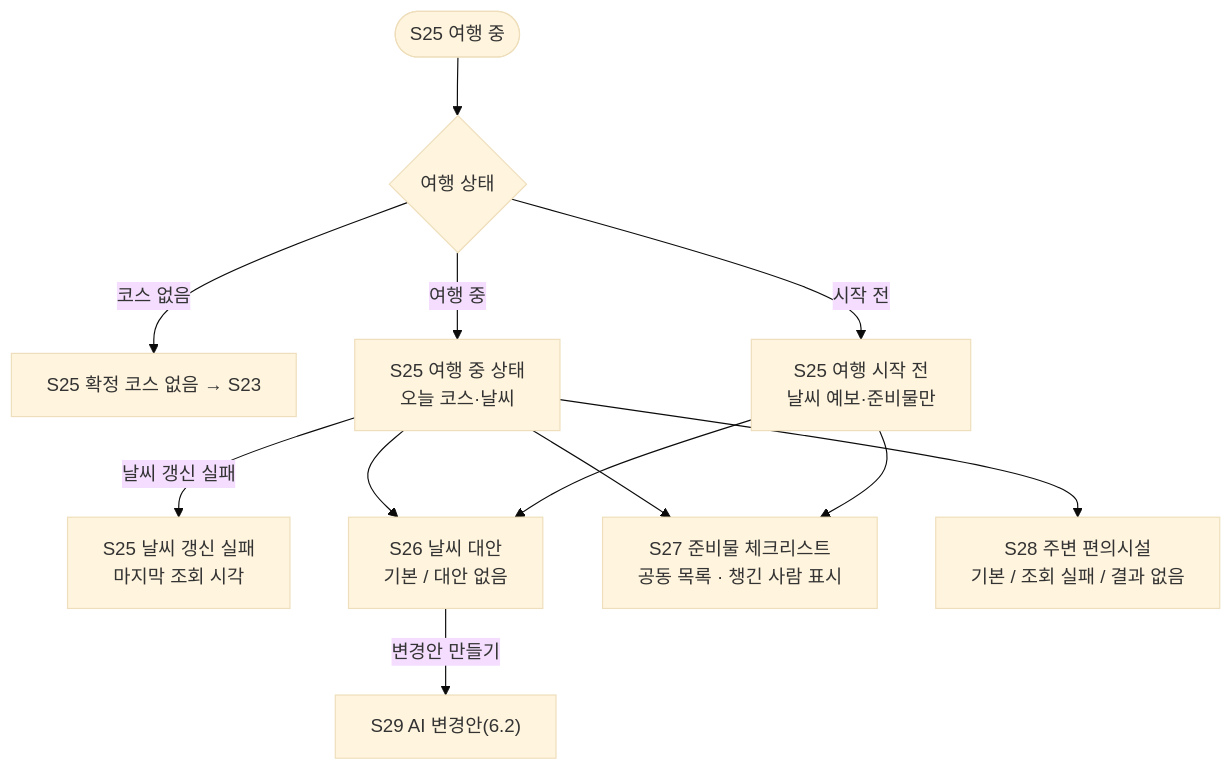
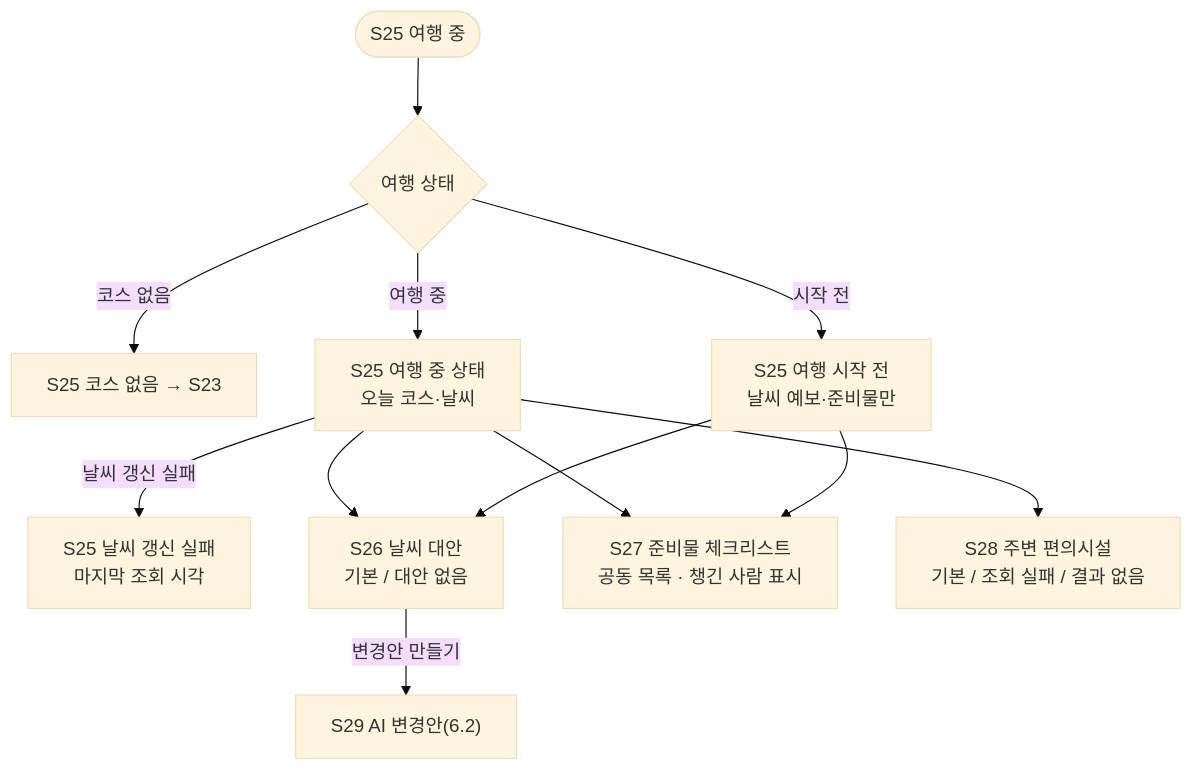
Diagram 15 of 24 in docs/flow/user-flow.md (a204-eodilog/eodilog), drawn with Mermaid (base theme) before and after one commit. The commit also changed other lines of this file and 1 other file, not shown here.

````diff
--- a/docs/flow/user-flow.md
+++ b/docs/flow/user-flow.md
@@ -366,14 +376,14 @@
 ```mermaid
 flowchart TD
     S25(["S25 여행 중"]) --> TS{"여행 상태"}
-    TS -- "코스 없음" --> NOC["S25 확정 코스 없음 → S23"]
+    TS -- "코스 없음" --> NOC["S25 코스 없음 → S23"]
     TS -- "시작 전" --> BEF["S25 여행 시작 전<br/>날씨 예보·준비물만"]
     TS -- "여행 중" --> TODAY["S25 여행 중 상태<br/>오늘 코스·날씨"]
     TODAY -- "날씨 갱신 실패" --> WS["S25 날씨 갱신 실패<br/>마지막 조회 시각"]
     TODAY --> S26["S26 날씨 대안<br/>기본 / 대안 없음"]
     BEF --> S26
     S26 -- "변경안 만들기" --> S29["S29 AI 변경안(6.2)"]
     TODAY --> S27["S27 준비물 체크리스트<br/>공동 목록 · 챙긴 사람 표시"]
     BEF --> S27
     TODAY --> S28["S28 주변 편의시설<br/>기본 / 조회 실패 / 결과 없음"]
 ```
````
